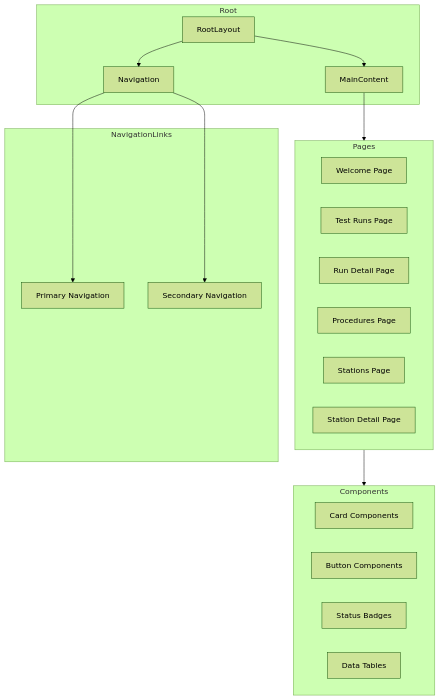
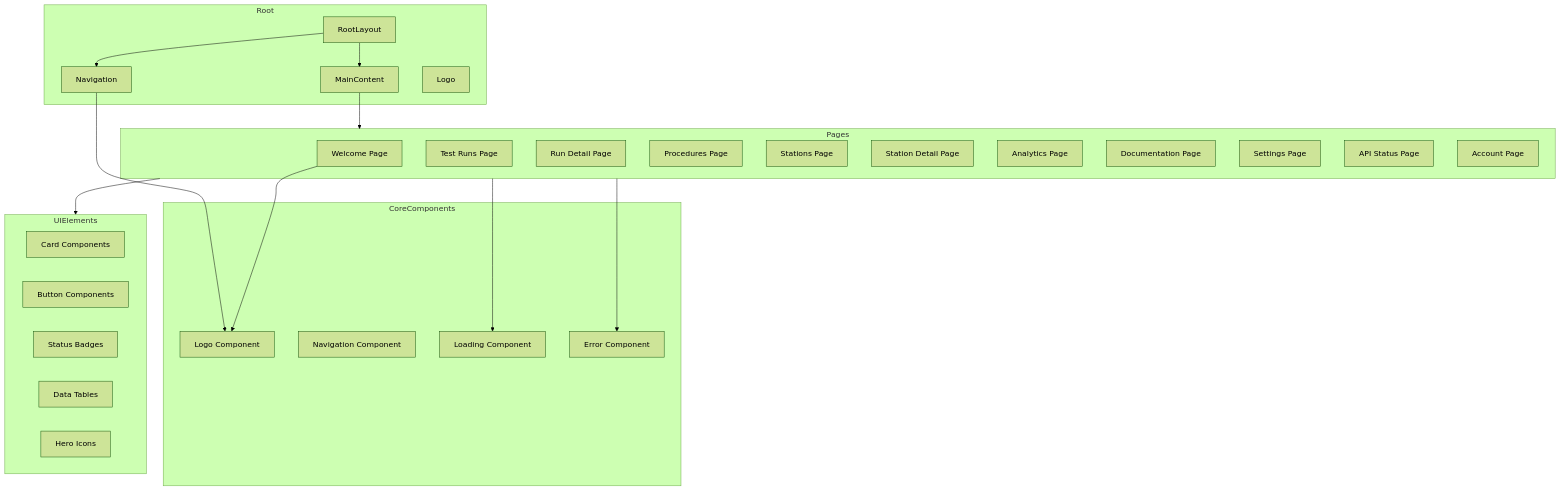
One commit to mvalancy-mt/NotTofu changed the first of 6 diagrams in docs/architecture/frontend_architecture.md. Above: the diagram before and after it, drawn with Mermaid (forest theme). The commit also changed other lines of this file and 64 other files, not shown here.

````diff
--- a/docs/architecture/frontend_architecture.md
+++ b/docs/architecture/frontend_architecture.md
@@ -5,36 +5,47 @@
 ```mermaid
 graph TB
     subgraph Root
         RootLayout[RootLayout]
         Navigation[Navigation]
         MainContent[MainContent]
-    end
-
-    subgraph NavigationLinks
-        PrimaryNav[Primary Navigation]
-        SecondaryNav[Secondary Navigation]
-        Navigation --> PrimaryNav
-        Navigation --> SecondaryNav
+        Logo[Logo]
     end
 
     subgraph Pages
         Welcome[Welcome Page]
         Runs[Test Runs Page]
         RunDetail[Run Detail Page]
         Procedures[Procedures Page]
         Stations[Stations Page]
         StationDetail[Station Detail Page]
+        Analytics[Analytics Page]
+        Docs[Documentation Page]
+        Settings[Settings Page]
+        Status[API Status Page]
+        Account[Account Page]
     end
 
-    subgraph Components
+    subgraph CoreComponents
+        LogoComponent[Logo Component]
+        NavComponent[Navigation Component]
+        LoadingState[Loading Component]
+        ErrorBoundary[Error Component]
+    end
+
+    subgraph UIElements
         Card[Card Components]
         Button[Button Components]
         StatusBadge[Status Badges]
         Tables[Data Tables]
+        Icons[Hero Icons]
     end
 
     RootLayout --> Navigation
     RootLayout --> MainContent
+    Navigation --> LogoComponent
     MainContent --> Pages
-    Pages --> Components
+    Pages --> UIElements
+    Pages --> LoadingState
+    Pages --> ErrorBoundary
+    Welcome --> LogoComponent
 ```
````
